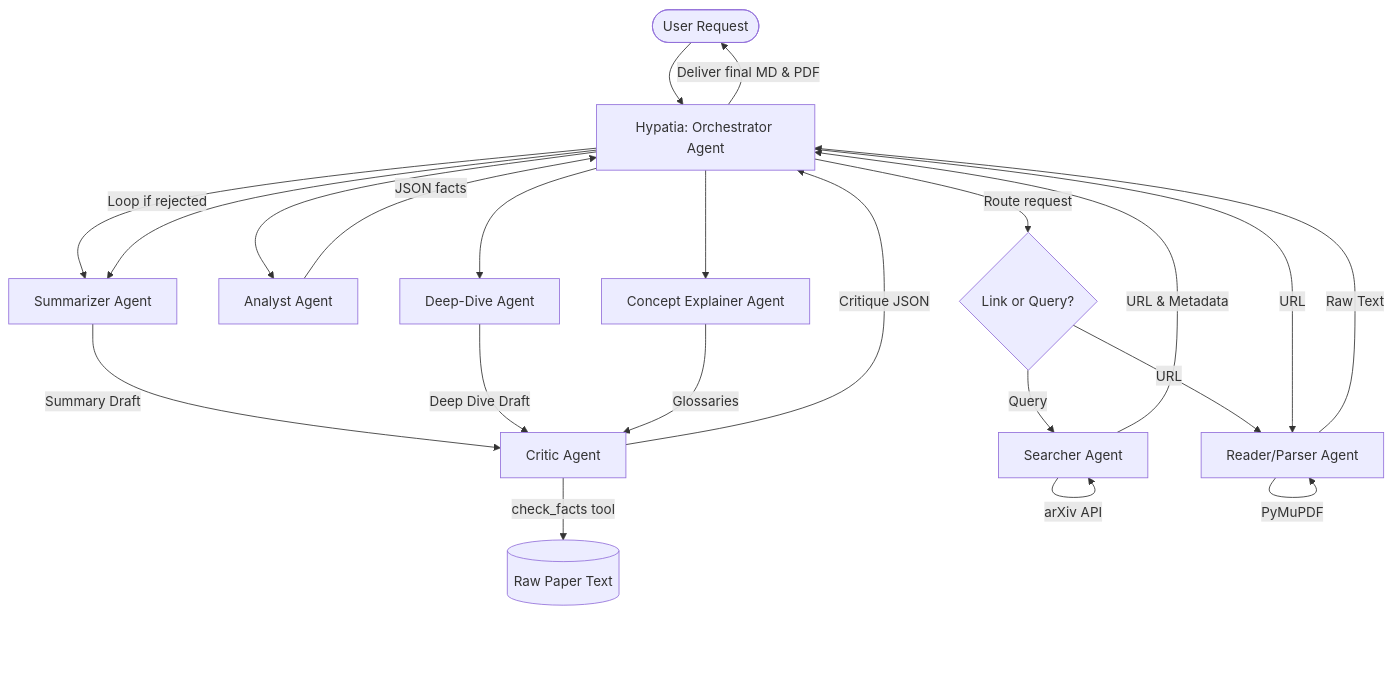
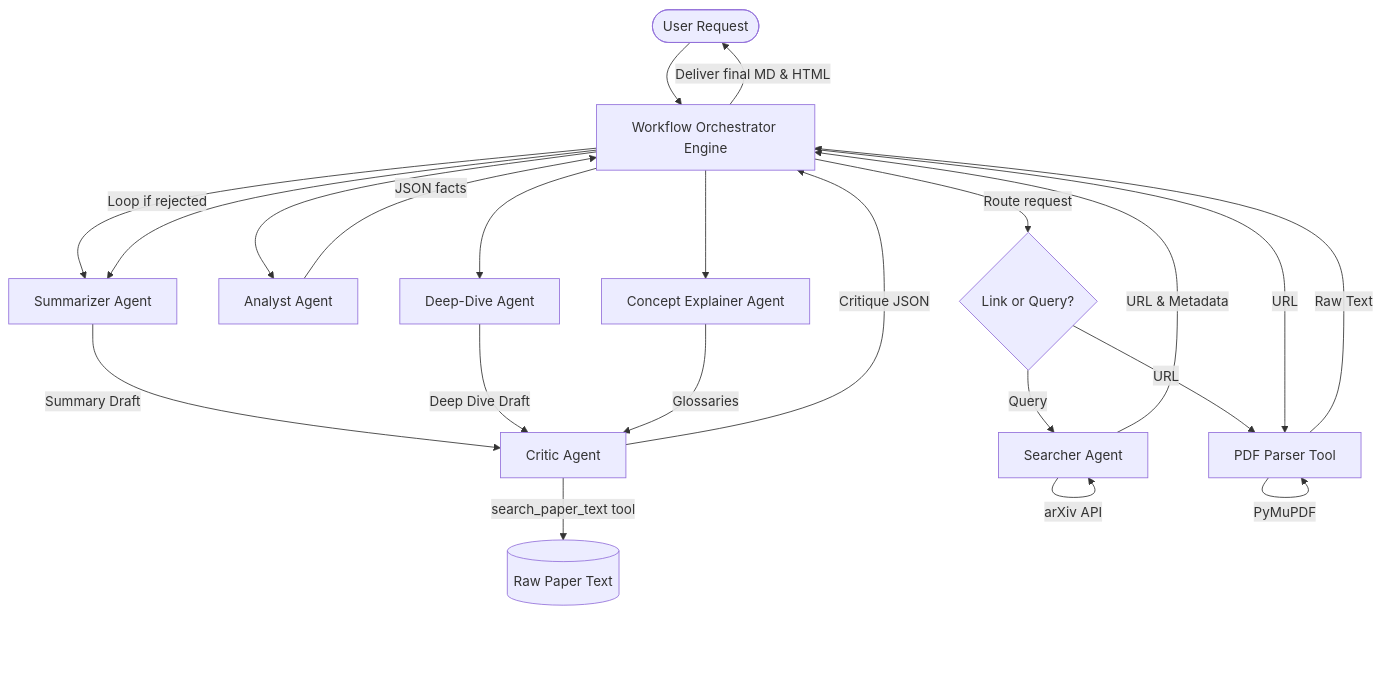
The diagram in README.md (ashwini-anand/hypatia), drawn with Mermaid before and after one commit. The commit also changed other lines of this file and 12 other files, not shown here.

````diff
--- a/README.md
+++ b/README.md
@@ -15,31 +15,31 @@
 ```mermaid
 graph TD
-    User([User Request]) --> Hypatia[Hypatia: Orchestrator Agent]
-    Hypatia -->|Route request| Route{Link or Query?}
+    User([User Request]) --> Engine[Workflow Orchestrator Engine]
+    Engine -->|Route request| Route{Link or Query?}
     
     Route -->|Query| Searcher[Searcher Agent]
     Searcher -->|arXiv API| Searcher
-    Searcher -->|URL & Metadata| Hypatia
+    Searcher -->|URL & Metadata| Engine
     
-    Route -->|URL| Parser[Reader/Parser Agent]
-    Hypatia -->|URL| Parser
+    Route -->|URL| Parser[PDF Parser Tool]
+    Engine -->|URL| Parser
     Parser -->|PyMuPDF| Parser
-    Parser -->|Raw Text| Hypatia
+    Parser -->|Raw Text| Engine
     
-    Hypatia --> Analyst[Analyst Agent]
-    Analyst -->|JSON facts| Hypatia
+    Engine --> Analyst[Analyst Agent]
+    Analyst -->|JSON facts| Engine
     
-    Hypatia --> Summarizer[Summarizer Agent]
-    Hypatia --> DeepDive[Deep-Dive Agent]
-    Hypatia --> Explainer[Concept Explainer Agent]
+    Engine --> Summarizer[Summarizer Agent]
+    Engine --> DeepDive[Deep-Dive Agent]
+    Engine --> Explainer[Concept Explainer Agent]
     
     Summarizer -->|Summary Draft| Critic[Critic Agent]
     DeepDive -->|Deep Dive Draft| Critic
     Explainer -->|Glossaries| Critic
     
-    Critic -->|check_facts tool| PaperText[(Raw Paper Text)]
-    Critic -->|Critique JSON| Hypatia
+    Critic -->|search_paper_text tool| PaperText[(Raw Paper Text)]
+    Critic -->|Critique JSON| Engine
     
-    Hypatia -->|Loop if rejected| Summarizer
-    Hypatia -->|Deliver final MD & PDF| User
+    Engine -->|Loop if rejected| Summarizer
+    Engine -->|Deliver final MD & HTML| User
 ```
````
